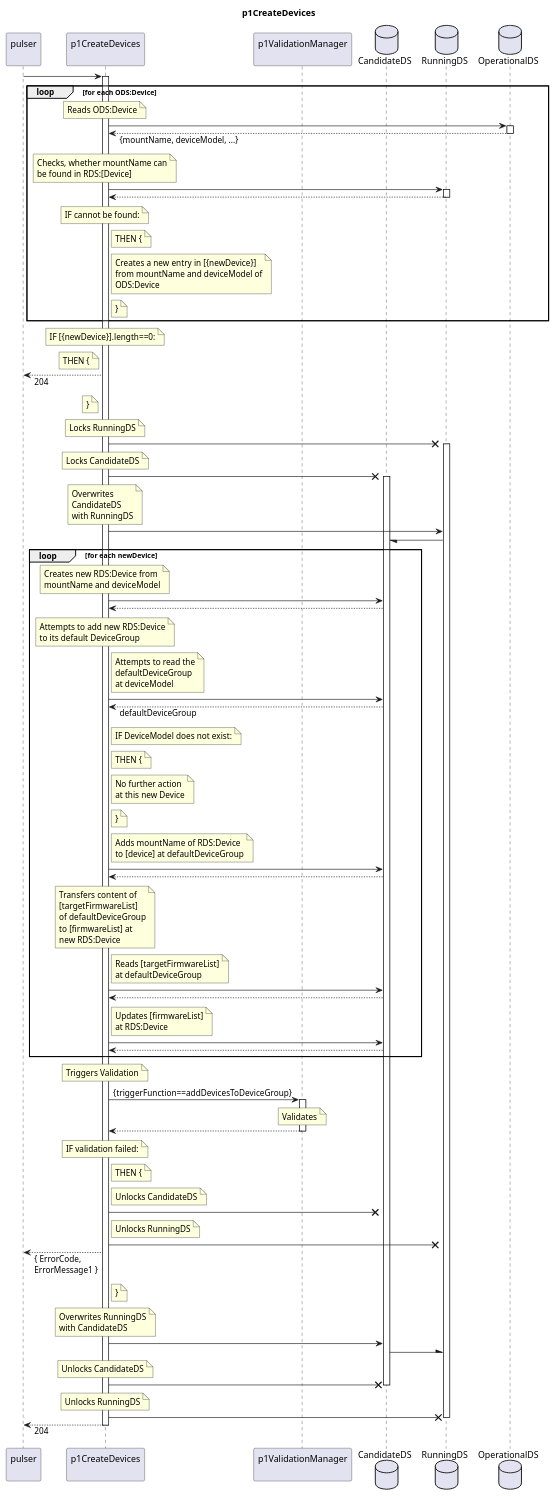
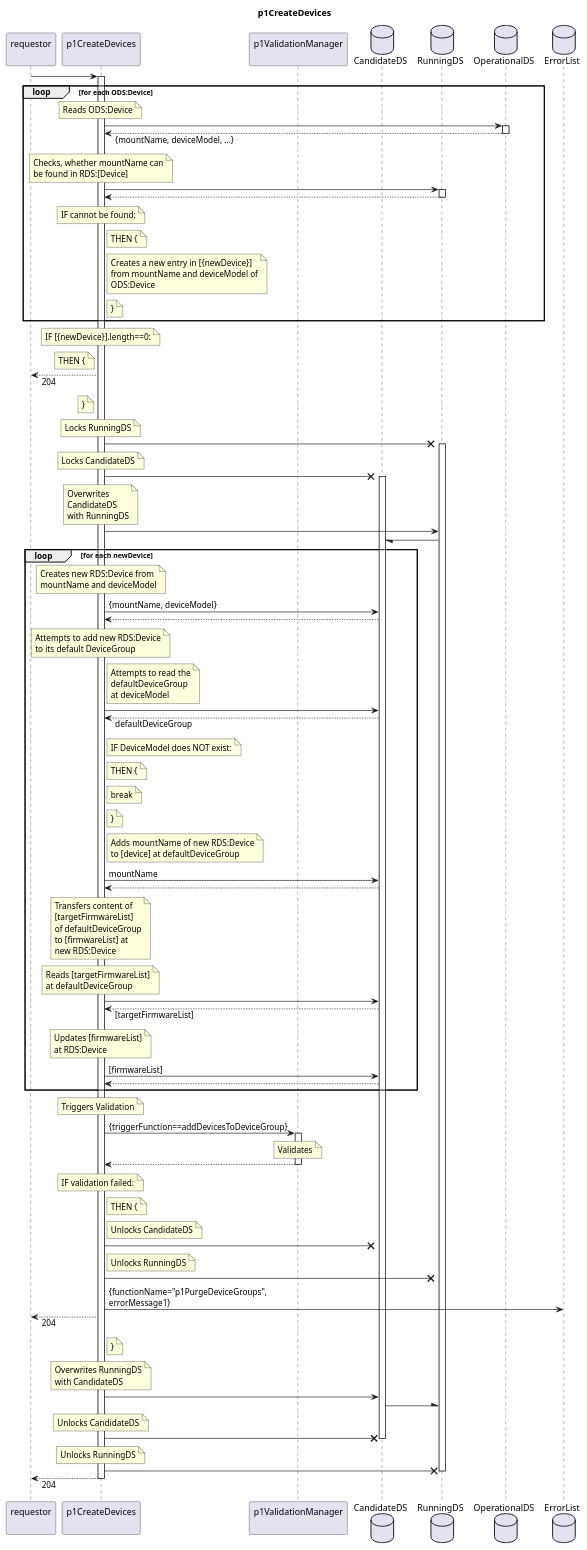
The diagram in spec/Functions/Interpretation/p1CreateDevices/1.0.0/p1CreateDevices.plantuml (openBackhaul/FirmWareManager), drawn with PlantUML before and after one commit. The commit also changed 32 other files, not shown here.

Commit message:
Finalize sequence diagram of InterpretationFunctions

```diff
--- a/spec/Functions/Interpretation/p1CreateDevices/1.0.0/p1CreateDevices.plantuml
+++ b/spec/Functions/Interpretation/p1CreateDevices/1.0.0/p1CreateDevices.plantuml
@@ -1,187 +1,188 @@
 @startuml p1CreateDevices
 skinparam responseMessageBelowArrow true
 
 title
   p1CreateDevices
 end title
 
-participant "pulser\n" as requestor
+participant "requestor\n" as requestor
 participant "p1CreateDevices\n" as indServ
 participant "p1ValidationManager\n" as valiMan
 database "CandidateDS" as CanDS
 database "RunningDS" as RunDS
 database "OperationalDS" as OpDS
+database "ErrorList" as hEL
 
 requestor -> indServ
 activate indServ
 
   loop for each ODS:Device
     note over indServ
       Reads ODS:Device
     end note
     indServ -> OpDS
     activate OpDS
     indServ <-- OpDS: {mountName, deviceModel, ...}
     deactivate OpDS
     note over indServ
       Checks, whether mountName can
       be found in RDS:[Device]
     end note
     indServ -> RunDS
     activate RunDS
     indServ <-- RunDS
     deactivate RunDS
     note over indServ
       IF cannot be found:
     end note
     note right indServ
       THEN {
     end note
     note right indServ
       Creates a new entry in [{newDevice}]
       from mountName and deviceModel of
       ODS:Device
     end note
     note right indServ
       }
     end note
   end loop
   note over indServ
     IF [{newDevice}].length==0:
   end note
   note left indServ
     THEN {
   end note
   requestor <-- indServ: 204
   note left indServ
     }
   end note  
 
   note over indServ
     Locks RunningDS
   end note
   indServ -X RunDS
   activate RunDS
   note over indServ
     Locks CandidateDS
   end note
   indServ -X CanDS
   activate CanDS
   note over indServ
     Overwrites
     CandidateDS
     with RunningDS
   end note
   indServ -> RunDS
   RunDS -/ CanDS
 
   loop for each newDevice
     note over indServ
       Creates new RDS:Device from
       mountName and deviceModel
     end note
-    indServ -> CanDS
+    indServ -> CanDS: {mountName, deviceModel}
     indServ <-- CanDS
 
     note over indServ
       Attempts to add new RDS:Device
       to its default DeviceGroup
     end note
     note right indServ
       Attempts to read the
       defaultDeviceGroup
       at deviceModel
     end note
     indServ -> CanDS
     indServ <-- CanDS: defaultDeviceGroup
     note right indServ
-      IF DeviceModel does not exist:
+      IF DeviceModel does NOT exist:
     end note
     note right indServ
       THEN {
     end note
     note right indServ
-      No further action
-      at this new Device
+      break
     end note
     note right indServ
       }
     end note
     note right indServ
-      Adds mountName of RDS:Device
+      Adds mountName of new RDS:Device
       to [device] at defaultDeviceGroup
     end note
-    indServ -> CanDS
+    indServ -> CanDS: mountName
     indServ <-- CanDS
  
     note over indServ
       Transfers content of
       [targetFirmwareList]
       of defaultDeviceGroup
       to [firmwareList] at
       new RDS:Device
     end note
-    note right indServ
+    note over indServ
       Reads [targetFirmwareList]
       at defaultDeviceGroup
     end note
     indServ -> CanDS
-    indServ <-- CanDS
-    note right indServ
+    indServ <-- CanDS: [targetFirmwareList]
+    note over indServ
       Updates [firmwareList]
       at RDS:Device
     end note
-    indServ -> CanDS
+    indServ -> CanDS: [firmwareList]
     indServ <-- CanDS
   end loop
 
   note over indServ
     Triggers Validation
   end note
   indServ -> valiMan: {triggerFunction==addDevicesToDeviceGroup}
   activate valiMan
     note over valiMan
       Validates
     end note
   indServ <-- valiMan
   deactivate valiMan
   note over indServ
     IF validation failed:
   end note
   note right indServ
     THEN {
   end note
   note right indServ
     Unlocks CandidateDS
   end note
   indServ -X CanDS
   note right indServ
     Unlocks RunningDS
   end note
   indServ -X RunDS
-  requestor <-- indServ: { ErrorCode,\nErrorMessage1 }
+  indServ -> hEL: {functionName="p1PurgeDeviceGroups",\nerrorMessage1}
+  requestor <-- indServ: 204
   note right indServ
     }
   end note
 
   note over indServ
     Overwrites RunningDS
     with CandidateDS
   end note
   indServ -> CanDS
   CanDS -\ RunDS
   note over indServ
     Unlocks CandidateDS
   end note
   indServ -X CanDS
   deactivate CanDS
   note over indServ
     Unlocks RunningDS
   end note
   indServ -X RunDS
   deactivate RunDS
 
 requestor <-- indServ: 204
 deactivate indServ
 
 @enduml
```
